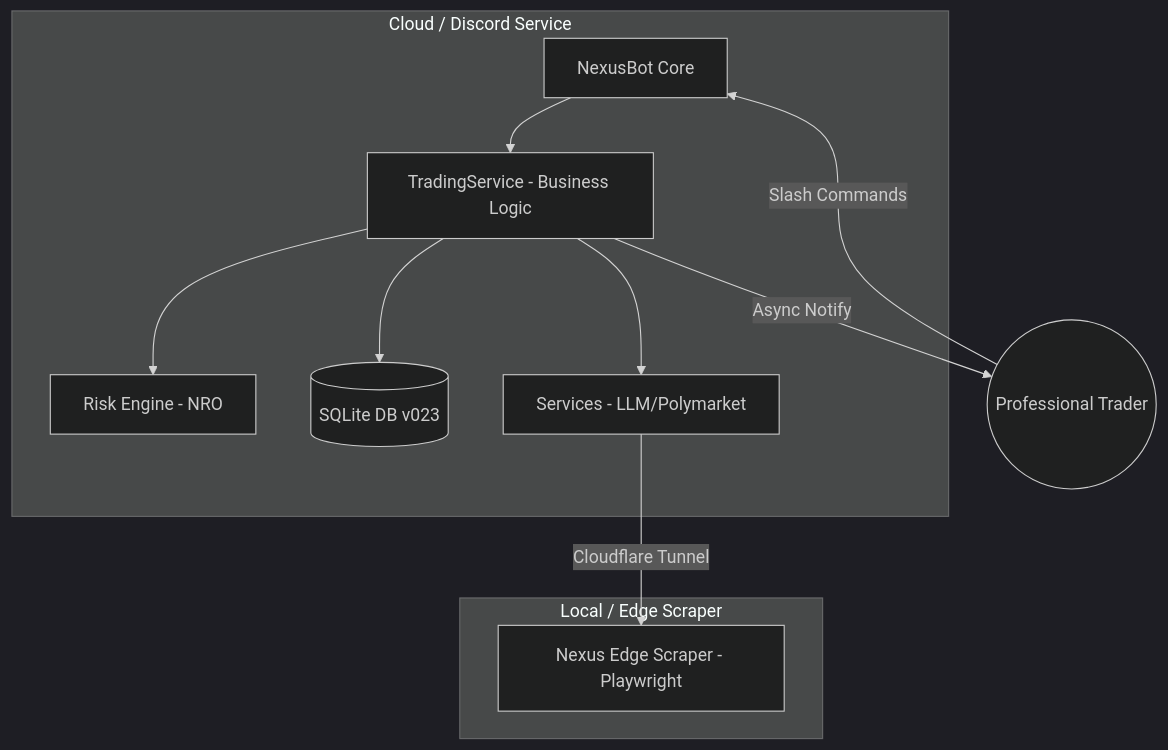
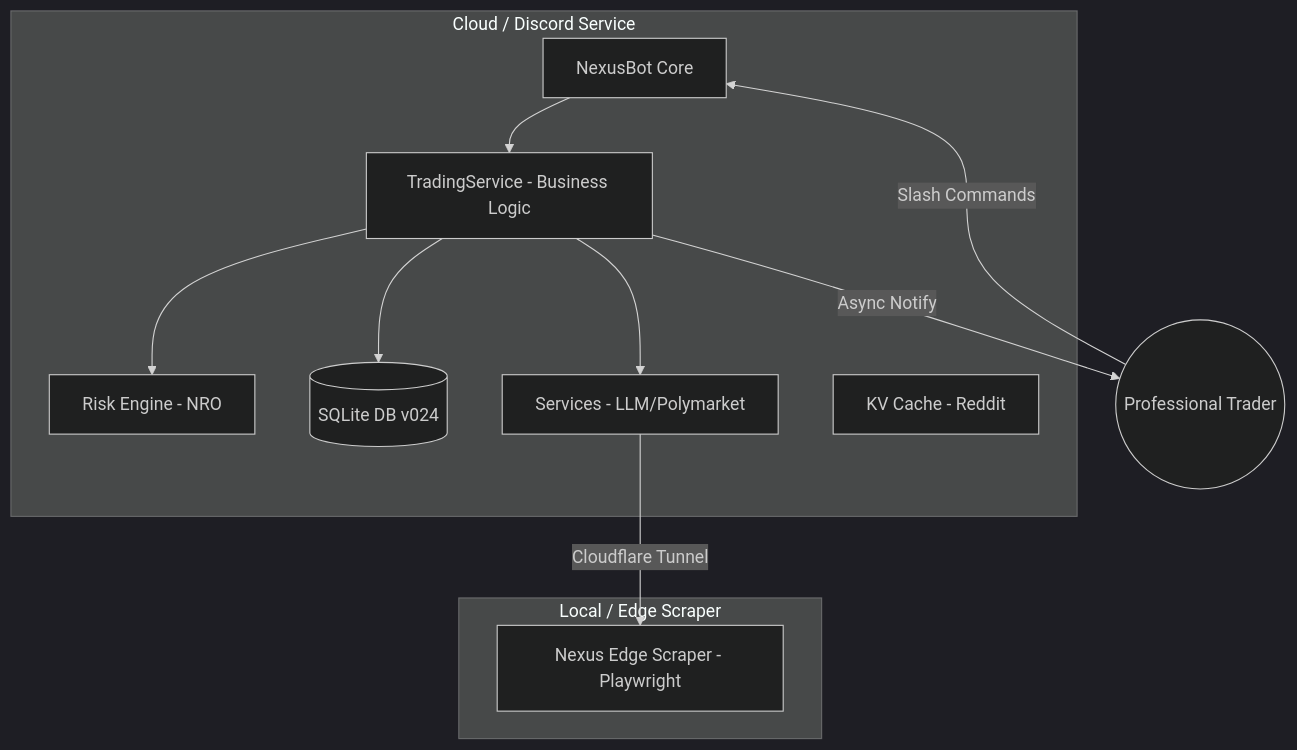
Before and after one commit to cosmo-chang-1701/nexus-seeker: the first of 2 diagrams in README.md, drawn with Mermaid (dark theme). The commit also changed other lines of this file and 13 other files, not shown here.

````diff
--- a/README.md
+++ b/README.md
@@ -35,22 +35,23 @@
 ```mermaid
 graph TD
     subgraph Cloud_Environment [Cloud / Discord Service]
         Bot[NexusBot Core]
         TS[TradingService - Business Logic]
         RE[Risk Engine - NRO]
-        DB[(SQLite DB v023)]
+        DB[(SQLite DB v024)]
         S[Services - LLM/Polymarket]
+        C[KV Cache - Reddit]
     end
 
     subgraph Edge_Environment [Local / Edge Scraper]
         ES[Nexus Edge Scraper - Playwright]
     end
 
     User((Professional Trader)) -- Slash Commands --> Bot
     Bot --> TS
     TS --> RE
     TS --> DB
     TS --> S
     S -- Cloudflare Tunnel --> ES
     TS -- Async Notify --> User
 ```
````
